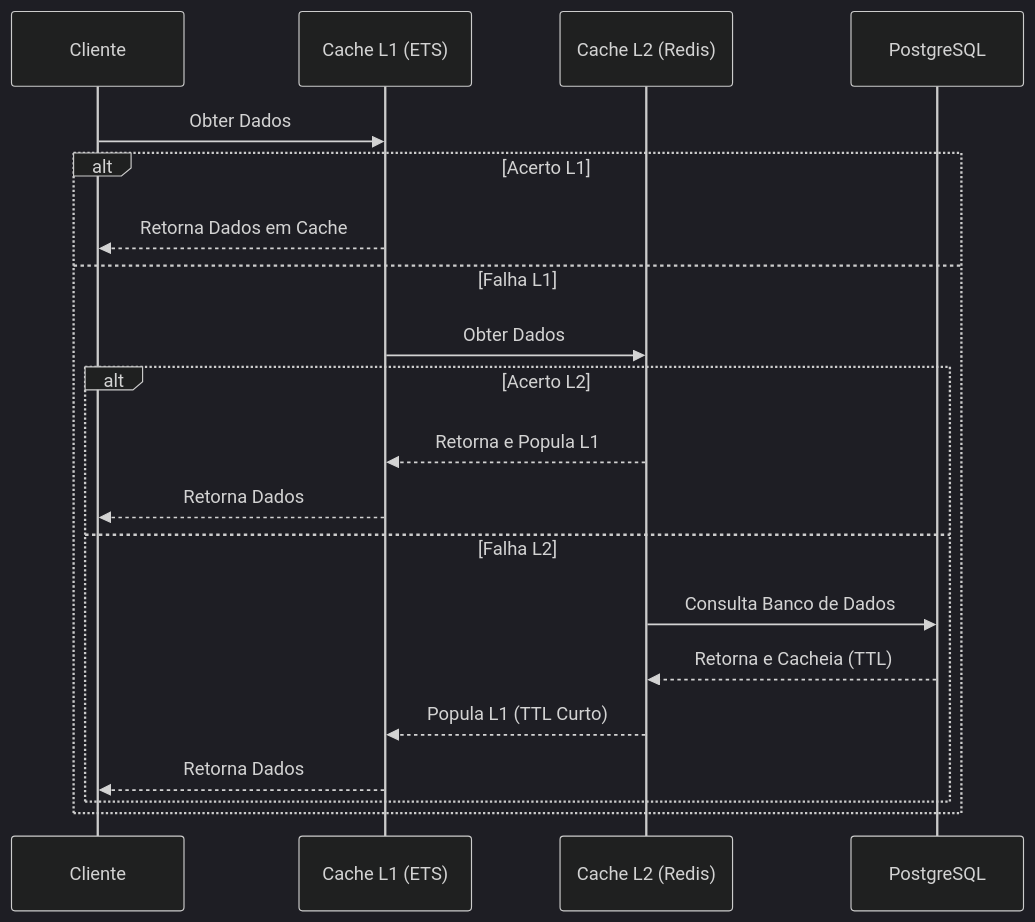
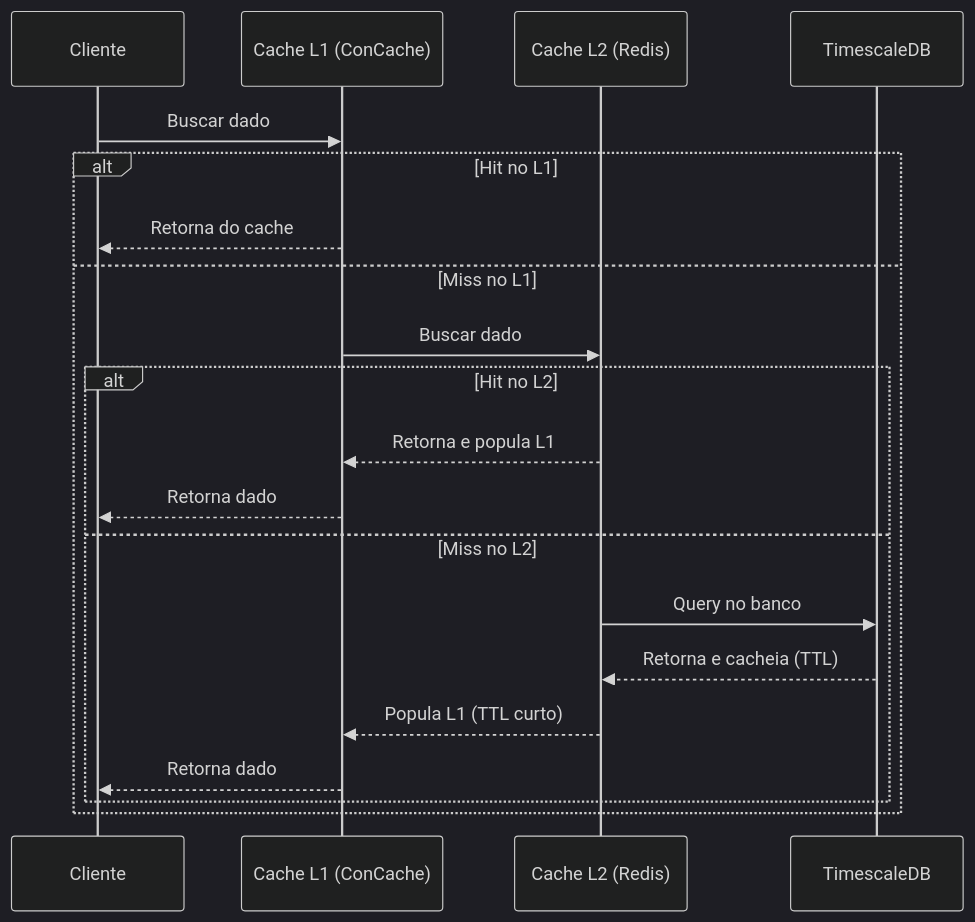
One commit to gabrielmaialva33/streamix changed the second of 2 diagrams in README.pt.md. Above: the diagram before and after it, drawn with Mermaid (dark theme). The commit also changed other lines of this file and 5 other files, not shown here.

````diff
--- a/README.pt.md
+++ b/README.pt.md
@@ -208,23 +165,23 @@
 ```mermaid
 sequenceDiagram
     participant C as Cliente
-    participant L1 as Cache L1 (ETS)
+    participant L1 as Cache L1 (ConCache)
     participant L2 as Cache L2 (Redis)
-    participant DB as PostgreSQL
+    participant DB as TimescaleDB
 
-    C->>L1: Obter Dados
-    alt Acerto L1
-        L1-->>C: Retorna Dados em Cache
-    else Falha L1
-        L1->>L2: Obter Dados
-        alt Acerto L2
-            L2-->>L1: Retorna e Popula L1
-            L1-->>C: Retorna Dados
-        else Falha L2
-            L2->>DB: Consulta Banco de Dados
-            DB-->>L2: Retorna e Cacheia (TTL)
-            L2-->>L1: Popula L1 (TTL Curto)
-            L1-->>C: Retorna Dados
+    C->>L1: Buscar dado
+    alt Hit no L1
+        L1-->>C: Retorna do cache
+    else Miss no L1
+        L1->>L2: Buscar dado
+        alt Hit no L2
+            L2-->>L1: Retorna e popula L1
+            L1-->>C: Retorna dado
+        else Miss no L2
+            L2->>DB: Query no banco
+            DB-->>L2: Retorna e cacheia (TTL)
+            L2-->>L1: Popula L1 (TTL curto)
+            L1-->>C: Retorna dado
         end
     end
 ```
````
